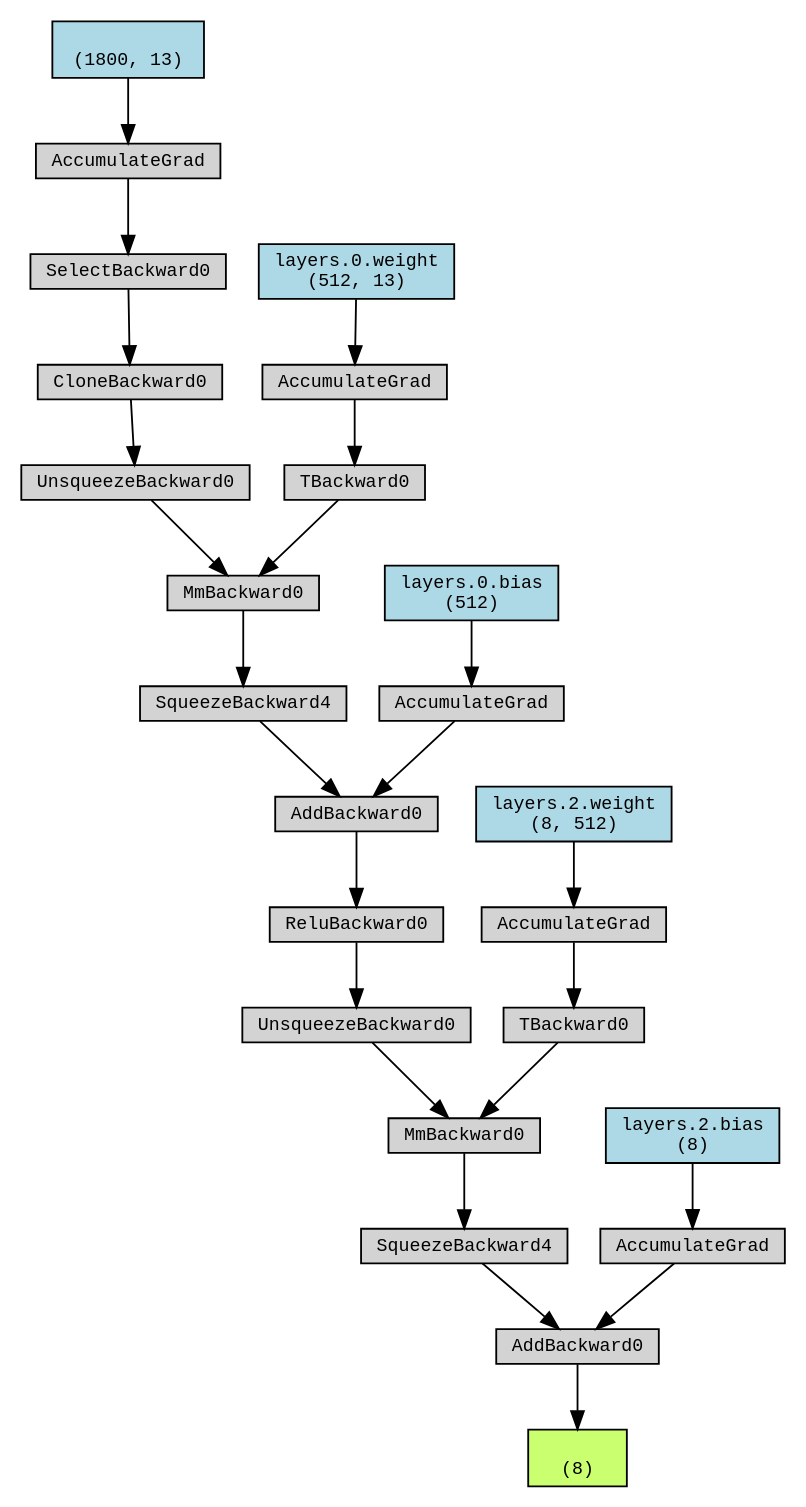
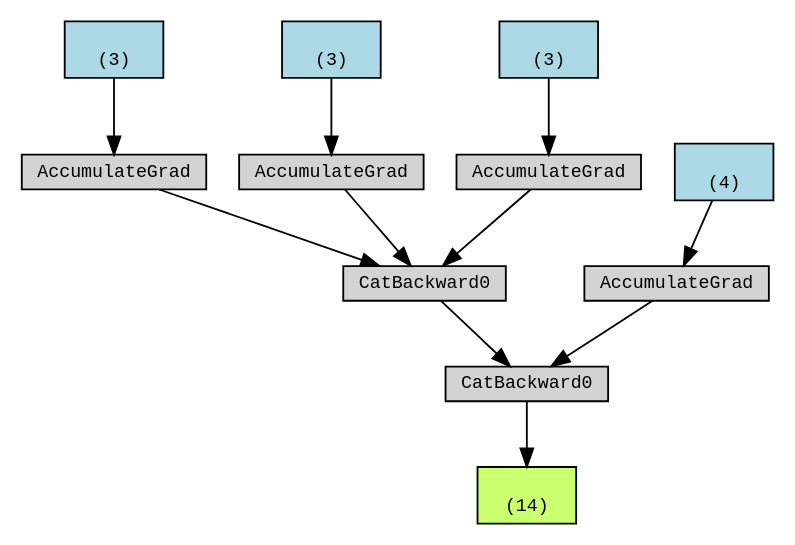
Before and after one commit to pmikola/RL_SARSA: the diagram in doctest-output/Digraph.gv, drawn with Graphviz. The commit also changed 6 other files, not shown here.

```diff
--- a/doctest-output/Digraph.gv
+++ b/doctest-output/Digraph.gv
@@ -1,57 +1,30 @@
 digraph {
 	graph [size="12,12"]
 	node [align=left fontname=monospace fontsize=10 height=0.2 ranksep=0.1 shape=box style=filled]
-	2717351832256 [label="
- (8)" fillcolor=darkolivegreen1]
-	2717355086112 [label=AddBackward0]
-	2717355086256 -> 2717355086112
-	2717355086256 [label=SqueezeBackward4]
-	2717355084816 -> 2717355086256
-	2717355084816 [label=MmBackward0]
-	2717355083136 -> 2717355084816
-	2717355083136 [label=UnsqueezeBackward0]
-	2717355085728 -> 2717355083136
-	2717355085728 [label=ReluBackward0]
-	2717355086064 -> 2717355085728
-	2717355086064 [label=AddBackward0]
-	2717355086640 -> 2717355086064
-	2717355086640 [label=SqueezeBackward4]
-	2717355086736 -> 2717355086640
-	2717355086736 [label=MmBackward0]
-	2717355086832 -> 2717355086736
-	2717355086832 [label=UnsqueezeBackward0]
-	2717355086976 -> 2717355086832
-	2717355086976 [label=CloneBackward0]
-	2717355087072 -> 2717355086976
-	2717355087072 [label=SelectBackward0]
-	2717355084864 -> 2717355087072
-	2717351524640 [label="
- (1800, 13)" fillcolor=lightblue]
-	2717351524640 -> 2717355084864
-	2717355084864 [label=AccumulateGrad]
-	2717355086784 -> 2717355086736
-	2717355086784 [label=TBackward0]
-	2717355084768 -> 2717355086784
-	2717353075920 [label="layers.0.weight
- (512, 13)" fillcolor=lightblue]
-	2717353075920 -> 2717355084768
-	2717355084768 [label=AccumulateGrad]
-	2717355082704 -> 2717355086064
-	2717314163360 [label="layers.0.bias
- (512)" fillcolor=lightblue]
-	2717314163360 -> 2717355082704
-	2717355082704 [label=AccumulateGrad]
-	2717355086160 -> 2717355084816
-	2717355086160 [label=TBackward0]
-	2717355083280 -> 2717355086160
-	2717354126736 [label="layers.2.weight
- (8, 512)" fillcolor=lightblue]
-	2717354126736 -> 2717355083280
-	2717355083280 [label=AccumulateGrad]
-	2717355082752 -> 2717355086112
-	2717354124336 [label="layers.2.bias
- (8)" fillcolor=lightblue]
-	2717354124336 -> 2717355082752
-	2717355082752 [label=AccumulateGrad]
-	2717355086112 -> 2717351832256
+	1371294316512 [label="
+ (14)" fillcolor=darkolivegreen1]
+	1371293919904 [label=CatBackward0]
+	1371293919760 -> 1371293919904
+	1371293919760 [label=CatBackward0]
+	1371293919664 -> 1371293919760
+	1371294318512 [label="
+ (3)" fillcolor=lightblue]
+	1371294318512 -> 1371293919664
+	1371293919664 [label=AccumulateGrad]
+	1371293921920 -> 1371293919760
+	1371294315472 [label="
+ (3)" fillcolor=lightblue]
+	1371294315472 -> 1371293921920
+	1371293921920 [label=AccumulateGrad]
+	1371293919952 -> 1371293919760
+	1371294318432 [label="
+ (3)" fillcolor=lightblue]
+	1371294318432 -> 1371293919952
+	1371293919952 [label=AccumulateGrad]
+	1371293920000 -> 1371293919904
+	1371294315712 [label="
+ (4)" fillcolor=lightblue]
+	1371294315712 -> 1371293920000
+	1371293920000 [label=AccumulateGrad]
+	1371293919904 -> 1371294316512
 }
```
